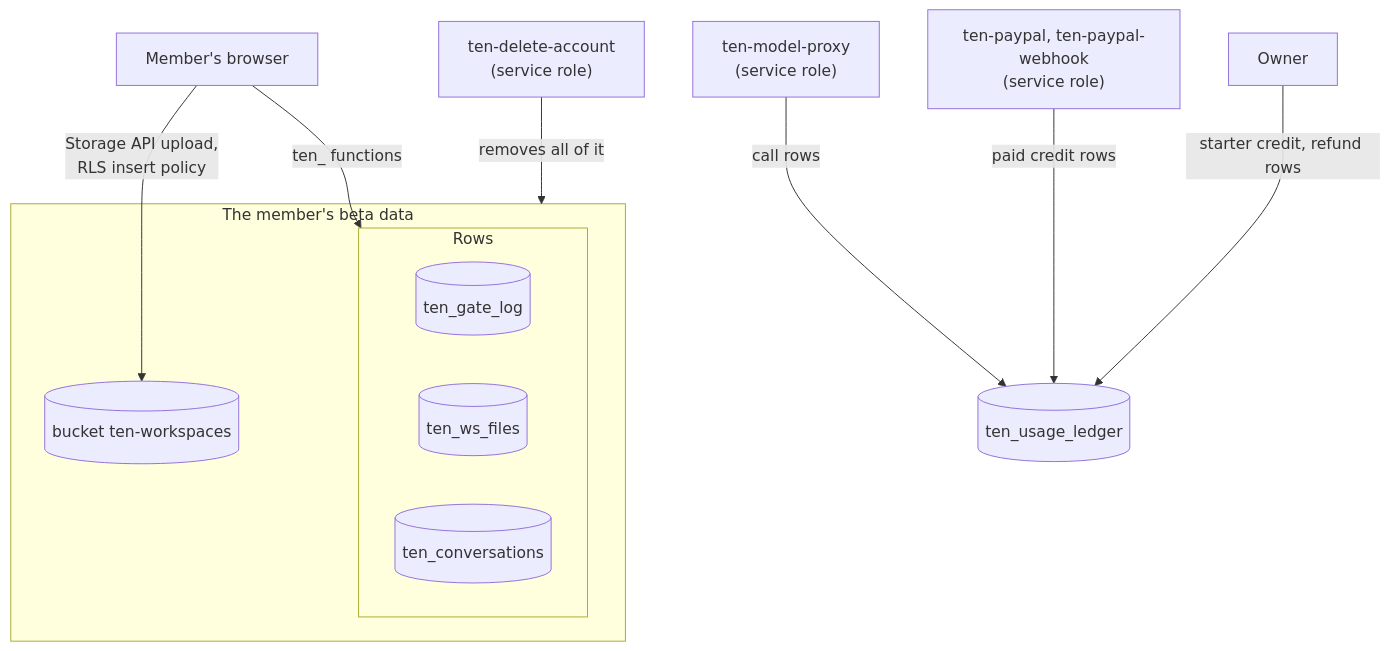
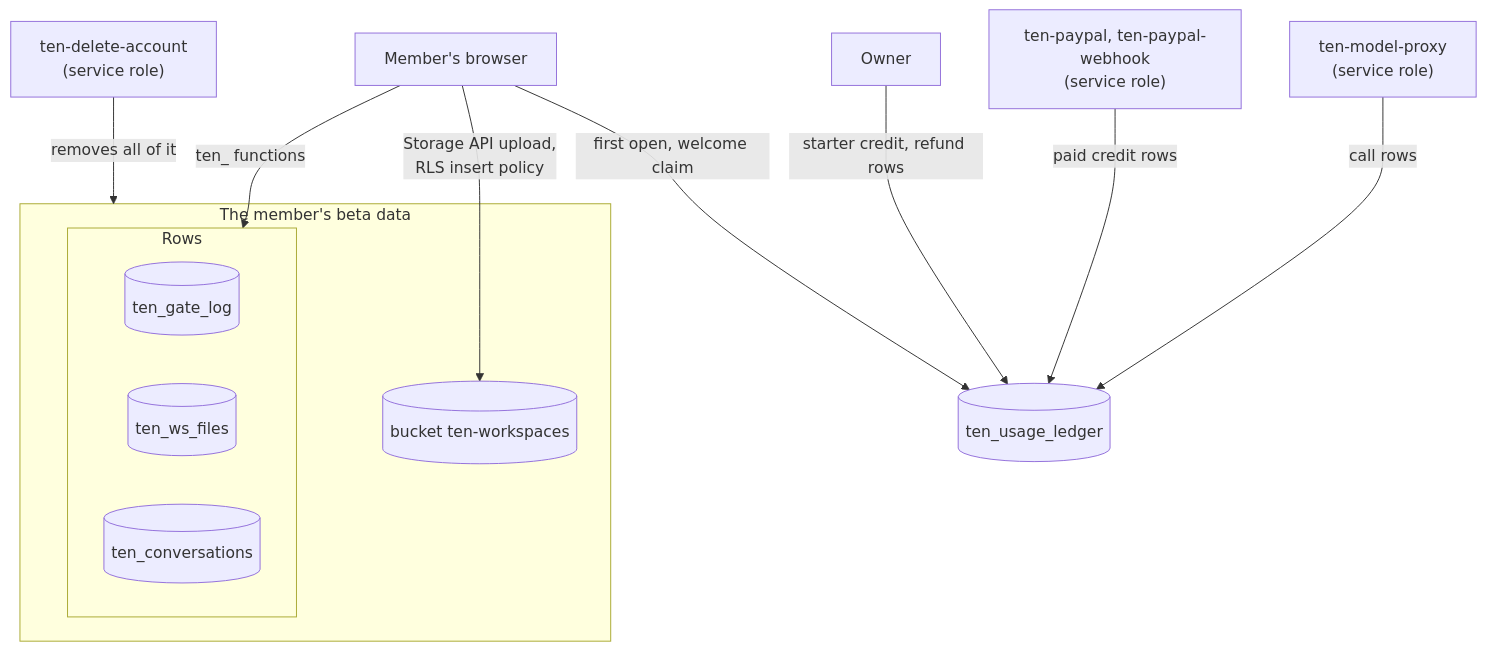
The fourth of 6 diagrams in docs/ARCHITECTURE.md (tydev-new/10xjobs-careercoach), drawn with Mermaid before and after one commit. The commit also changed other lines of this file and 51 other files, not shown here.

First line of the commit message:
feat(web,proxy,sql): open sign-up with a $1 welcome credit (design-web-agent § 20); no daily spend ceiling (owner, 2026-10-02: the key is a prepaid balance)

````diff
--- a/docs/ARCHITECTURE.md
+++ b/docs/ARCHITECTURE.md
@@ -226,23 +234,24 @@
 ```mermaid
 flowchart TD
   Browser["Member's browser"]
   Delete["ten-delete-account<br/>(service role)"]
   Proxy["ten-model-proxy<br/>(service role)"]
   Pay["ten-paypal, ten-paypal-webhook<br/>(service role)"]
   Owner["Owner"]
   subgraph Beta["The member's beta data"]
     subgraph Rows["Rows"]
       Gates[("ten_gate_log")]
       Files[("ten_ws_files")]
       Conv[("ten_conversations")]
     end
     Bucket[("bucket ten-workspaces")]
   end
   Ledger[("ten_usage_ledger")]
   Browser -->|ten_ functions| Rows
   Browser -->|"Storage API upload,<br/>RLS insert policy"| Bucket
   Delete -->|removes all of it| Beta
   Proxy -->|call rows| Ledger
   Pay -->|paid credit rows| Ledger
   Owner -->|starter credit, refund rows| Ledger
+  Browser -->|first open, welcome claim| Ledger
 ```
````
